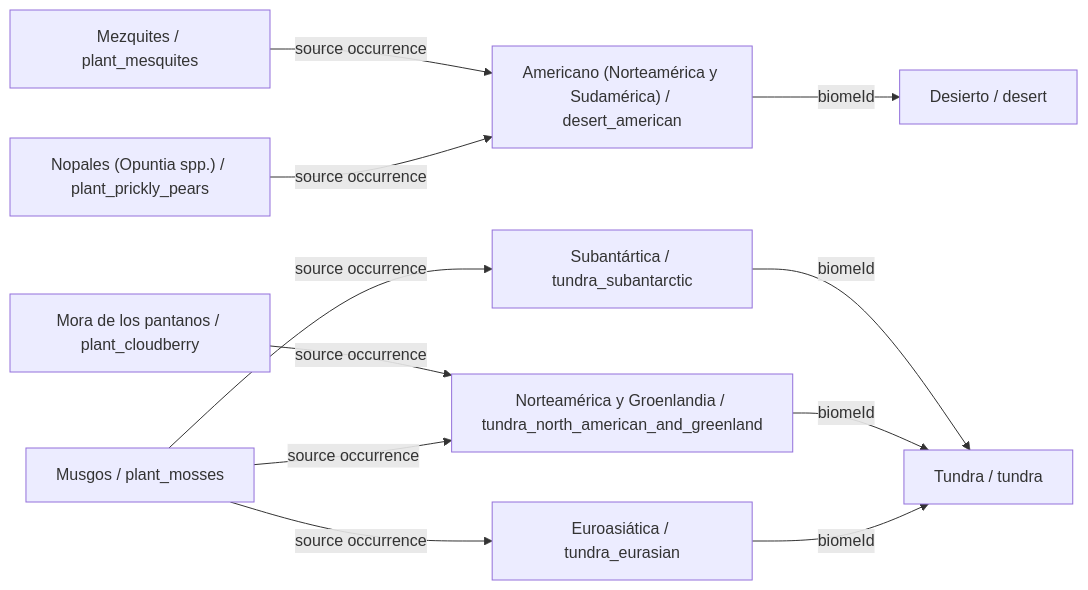
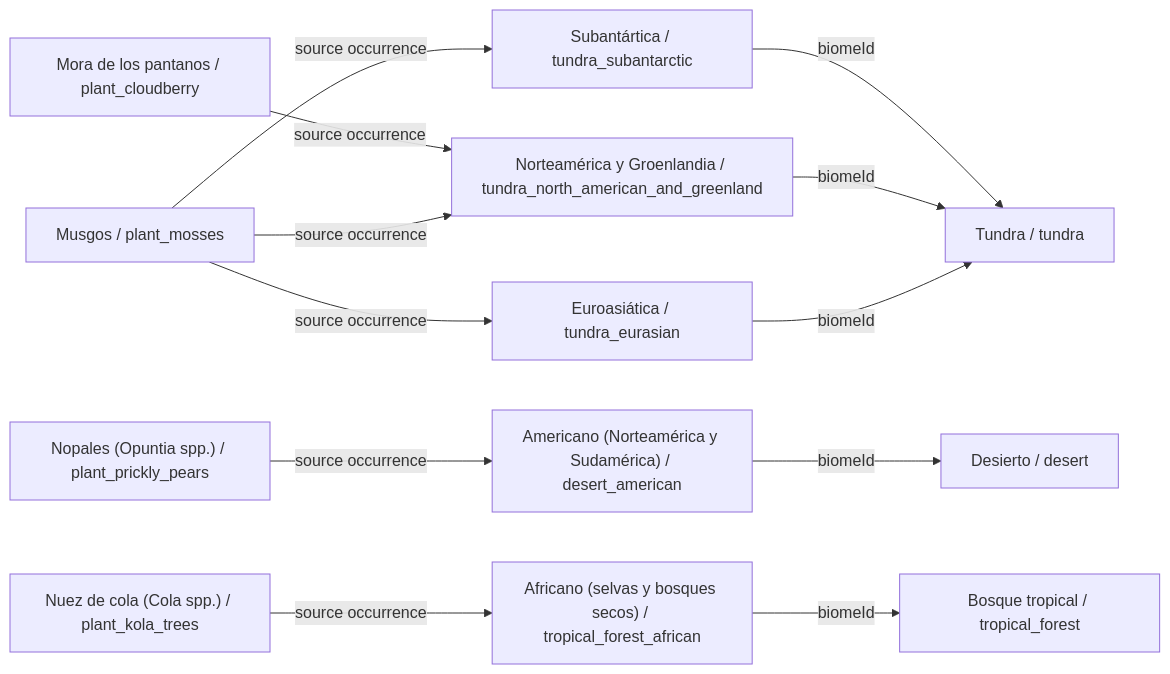
One commit to fgabo404/EvolveDoc changed diagram 15 of 34 in data/plants/DIAGRAMS.es.md. Above: the diagram before and after it, drawn with Mermaid. The commit also changed other lines of this file and 59 other files, not shown here.

````diff
--- a/data/plants/DIAGRAMS.es.md
+++ b/data/plants/DIAGRAMS.es.md
@@ -598,23 +544,26 @@
 ```mermaid
 flowchart LR
-    c0["Mezquites / plant_mesquites"]
+    c0["Mora de los pantanos / plant_cloudberry"]
+    v8["Norteamérica y Groenlandia / tundra_north_american_and_greenland"]
+    b2["Tundra / tundra"]
+    c1["Musgos / plant_mosses"]
+    v9["Euroasiática / tundra_eurasian"]
+    v10["Subantártica / tundra_subantarctic"]
+    c2["Nopales (Opuntia spp.) / plant_prickly_pears"]
     v15["Americano (Norteamérica y Sudamérica) / desert_american"]
     b4["Desierto / desert"]
-    c1["Mora de los pantanos / plant_cloudberry"]
-    v8["Norteamérica y Groenlandia / tundra_north_american_and_greenland"]
-    b2["Tundra / tundra"]
-    c2["Musgos / plant_mosses"]
-    v9["Euroasiática / tundra_eurasian"]
-    v10["Subantártica / tundra_subantarctic"]
-    c3["Nopales (Opuntia spp.) / plant_prickly_pears"]
-    c0 -->|source occurrence| v15
+    c3["Nuez de cola (Cola spp.) / plant_kola_trees"]
+    v1["Africano (selvas y bosques secos) / tropical_forest_african"]
+    b0["Bosque tropical / tropical_forest"]
+    c0 -->|source occurrence| v8
+    c1 -->|source occurrence| v10
     c1 -->|source occurrence| v8
-    c2 -->|source occurrence| v10
-    c2 -->|source occurrence| v8
-    c2 -->|source occurrence| v9
-    c3 -->|source occurrence| v15
+    c1 -->|source occurrence| v9
+    c2 -->|source occurrence| v15
+    c3 -->|source occurrence| v1
+    v1 -->|biomeId| b0
     v10 -->|biomeId| b2
     v15 -->|biomeId| b4
     v8 -->|biomeId| b2
     v9 -->|biomeId| b2
 ```
````
